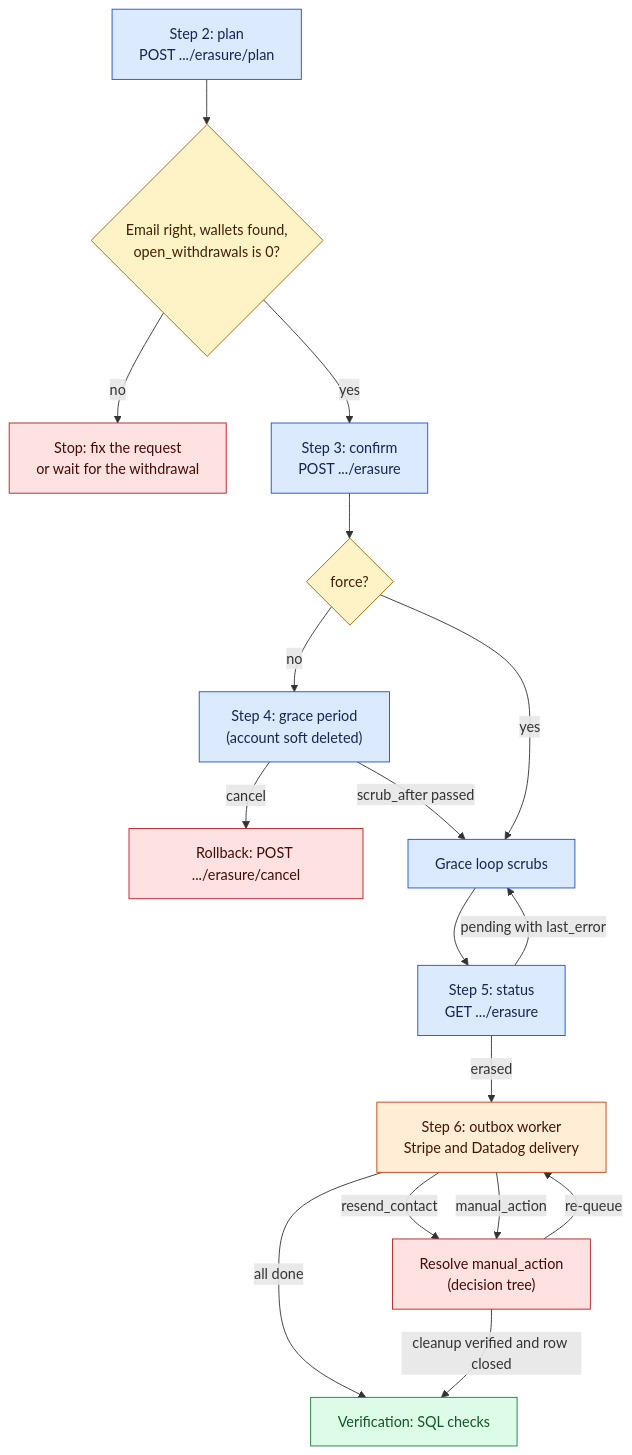
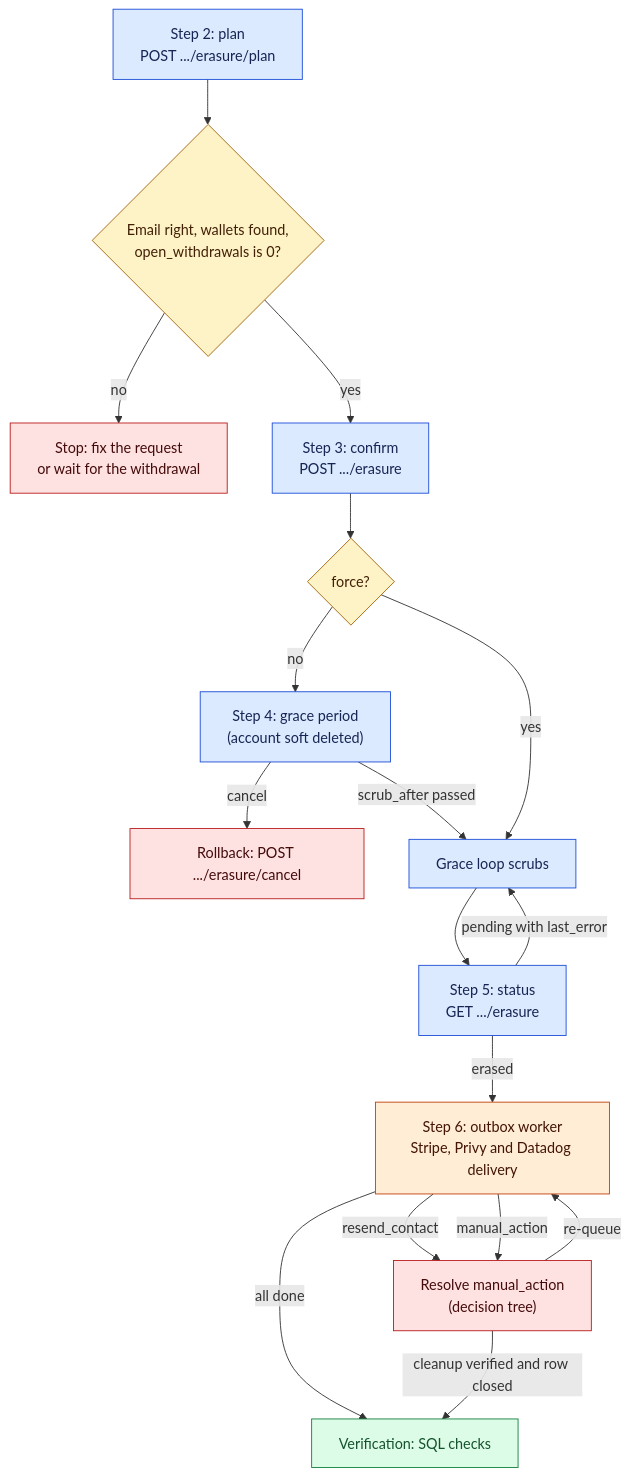
The first of 2 diagrams in docs/operations/account-erasure.md (Layr-Labs/d-inference), drawn with Mermaid before and after one commit. The commit also changed other lines of this file and 19 other files, not shown here.

````diff
--- a/docs/operations/account-erasure.md
+++ b/docs/operations/account-erasure.md
@@ -25,25 +25,25 @@
 ```mermaid
 flowchart TD
   classDef step fill:#dbeafe,stroke:#1d4ed8,color:#172554
   classDef gate fill:#fef3c7,stroke:#a16207,color:#422006
   classDef done fill:#dcfce7,stroke:#15803d,color:#14532d
   classDef stop fill:#fee2e2,stroke:#b91c1c,color:#450a0a
   classDef ext fill:#ffedd5,stroke:#c2410c,color:#431407
 
   P["Step 2: plan<br/>POST .../erasure/plan"]:::step --> Q{"Email right, wallets found,<br/>open_withdrawals is 0?"}:::gate
   Q -- "no" --> S["Stop: fix the request<br/>or wait for the withdrawal"]:::stop
   Q -- "yes" --> C["Step 3: confirm<br/>POST .../erasure"]:::step
   C --> F{"force?"}:::gate
   F -- "no" --> G["Step 4: grace period<br/>(account soft deleted)"]:::step
   G -- "cancel" --> R["Rollback: POST .../erasure/cancel"]:::stop
   G -- "scrub_after passed" --> L["Grace loop scrubs"]:::step
   F -- "yes" --> L
   L --> T["Step 5: status<br/>GET .../erasure"]:::step
   T -- "pending with last_error" --> L
-  T -- "erased" --> X["Step 6: outbox worker<br/>Stripe and Datadog delivery"]:::ext
+  T -- "erased" --> X["Step 6: outbox worker<br/>Stripe, Privy and Datadog delivery"]:::ext
   X -- "resend_contact" --> M
   X -- "manual_action" --> M["Resolve manual_action<br/>(decision tree)"]:::stop
   M -- "re-queue" --> X
   X -- "all done" --> V["Verification: SQL checks"]:::done
   M -- "cleanup verified and row closed" --> V
 ```
````
